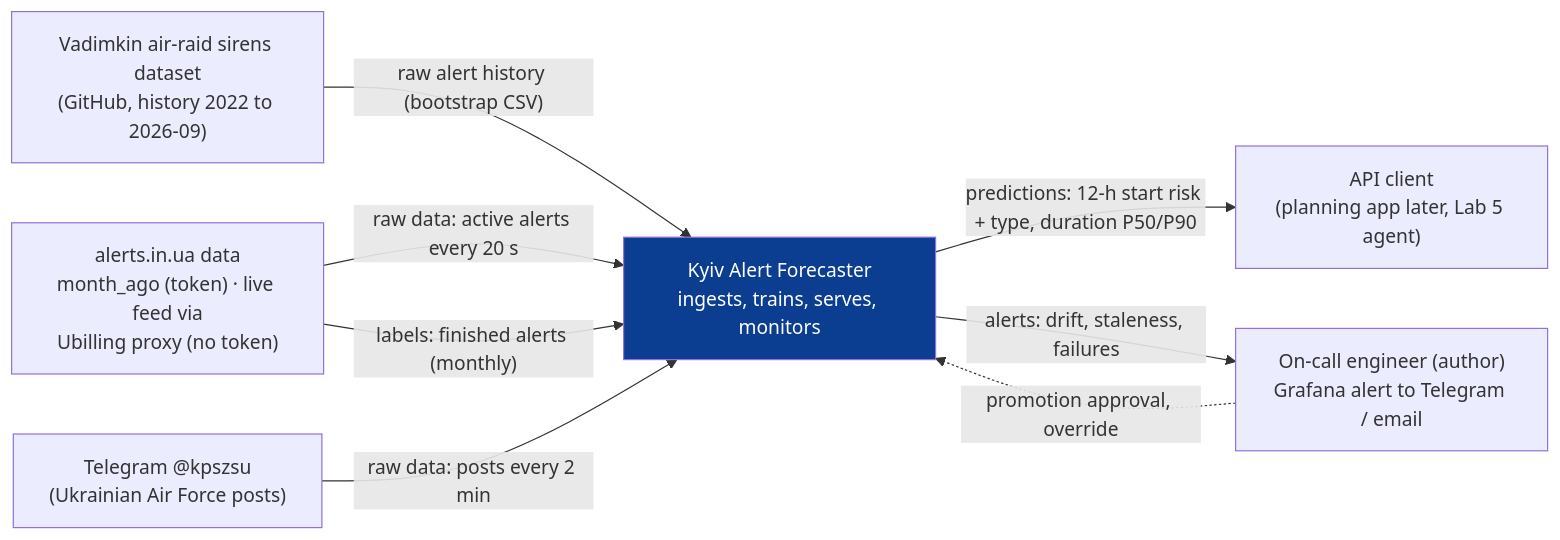
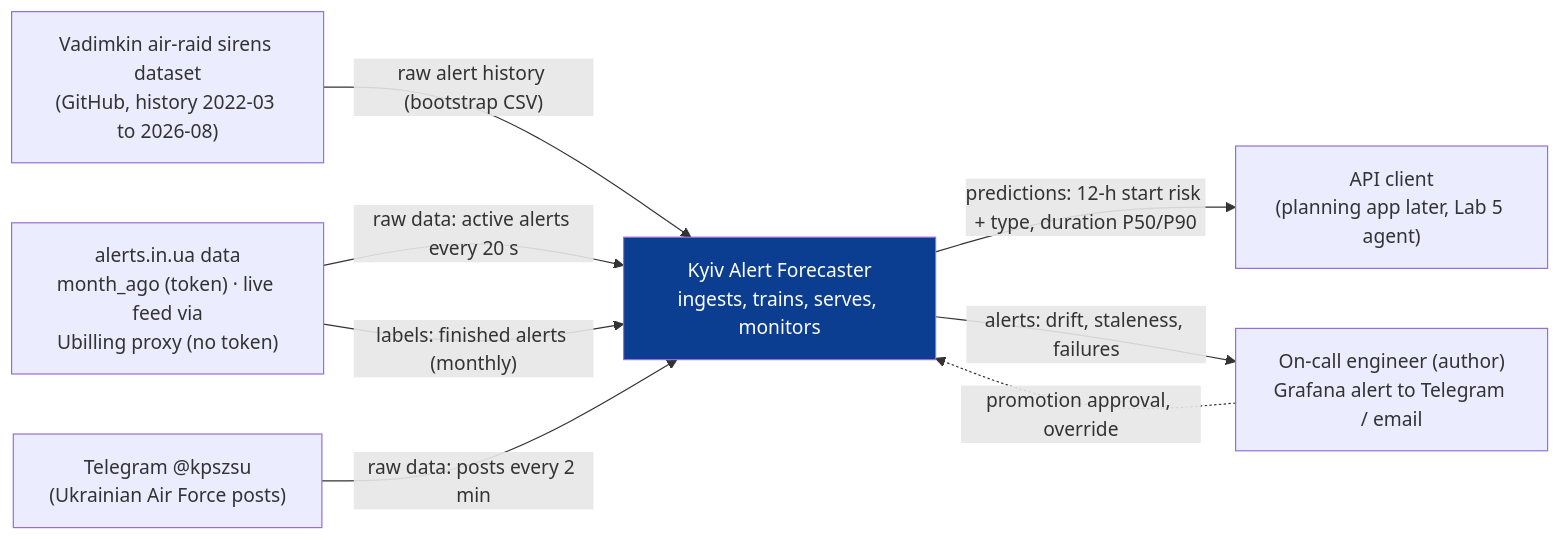
The first of 4 diagrams in docs/design.md (kvitoslava-yarish/mlops-2026), drawn with Mermaid before and after one commit. The commit also changed other lines of this file and 1 other file, not shown here.

````diff
--- a/docs/design.md
+++ b/docs/design.md
@@ -246,19 +246,19 @@
 ```mermaid
 flowchart LR
-    vad["Vadimkin air-raid sirens dataset<br/>(GitHub, history 2022 to 2026-09)"]
+    vad["Vadimkin air-raid sirens dataset<br/>(GitHub, history 2022-03 to 2026-08)"]
     aiu["alerts.in.ua data<br/>month_ago (token) · live feed via<br/>Ubilling proxy (no token)"]
     tg["Telegram @kpszsu<br/>(Ukrainian Air Force posts)"]
     sys["Kyiv Alert Forecaster<br/>ingests, trains, serves, monitors"]
     cli["API client<br/>(planning app later, Lab 5 agent)"]
     onc["On-call engineer (author)<br/>Grafana alert to Telegram / email"]
 
     vad -- "raw alert history (bootstrap CSV)" --> sys
     aiu -- "raw data: active alerts every 20 s" --> sys
     aiu -- "labels: finished alerts (monthly)" --> sys
     tg -- "raw data: posts every 2 min" --> sys
     sys -- "predictions: 12-h start risk + type, duration P50/P90" --> cli
     sys -- "alerts: drift, staleness, failures" --> onc
     onc -. "promotion approval, override" .-> sys
 
     style sys fill:#0b3d91,color:#ffffff
 ```
````
